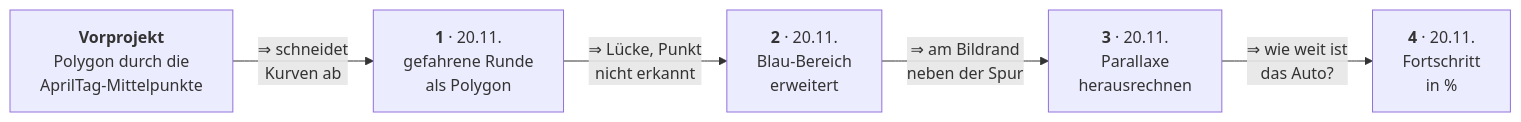
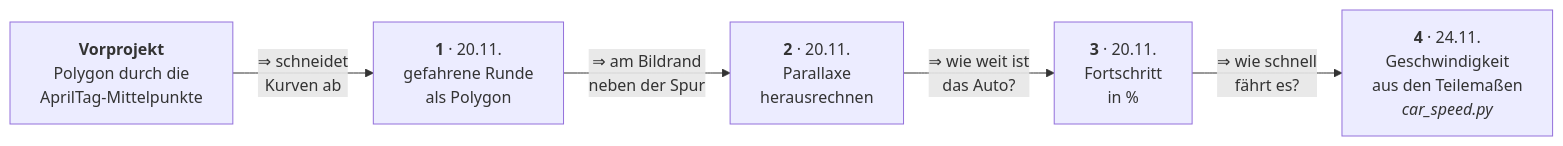
The first of 2 diagrams in experiments/car_to_track/DOKU.md (Baenji/carrera), drawn with Mermaid before and after one commit. The commit also changed other lines of this file and 9 other files, not shown here.

````diff
--- a/experiments/car_to_track/DOKU.md
+++ b/experiments/car_to_track/DOKU.md
@@ -14,12 +10,12 @@
 ```mermaid
 flowchart LR
     V["<b>Vorprojekt</b><br/>Polygon durch die<br/>AprilTag-Mittelpunkte"]
     I1["<b>1</b> · 20.11.<br/>gefahrene Runde<br/>als Polygon"]
-    I2["<b>2</b> · 20.11.<br/>Blau-Bereich<br/>erweitert"]
-    I3["<b>3</b> · 20.11.<br/>Parallaxe<br/>herausrechnen"]
-    I4["<b>4</b> · 20.11.<br/>Fortschritt<br/>in %"]
+    I2["<b>2</b> · 20.11.<br/>Parallaxe<br/>herausrechnen"]
+    I3["<b>3</b> · 20.11.<br/>Fortschritt<br/>in %"]
+    I4["<b>4</b> · 24.11.<br/>Geschwindigkeit<br/>aus den Teilemaßen<br/><i>car_speed.py</i>"]
     V -->|"⇒ schneidet<br/>Kurven ab"| I1
-    I1 -->|"⇒ Lücke, Punkt<br/>nicht erkannt"| I2
-    I2 -->|"⇒ am Bildrand<br/>neben der Spur"| I3
-    I3 -->|"⇒ wie weit ist<br/>das Auto?"| I4
+    I1 -->|"⇒ am Bildrand<br/>neben der Spur"| I2
+    I2 -->|"⇒ wie weit ist<br/>das Auto?"| I3
+    I3 -->|"⇒ wie schnell<br/>fährt es?"| I4
 ```
````
